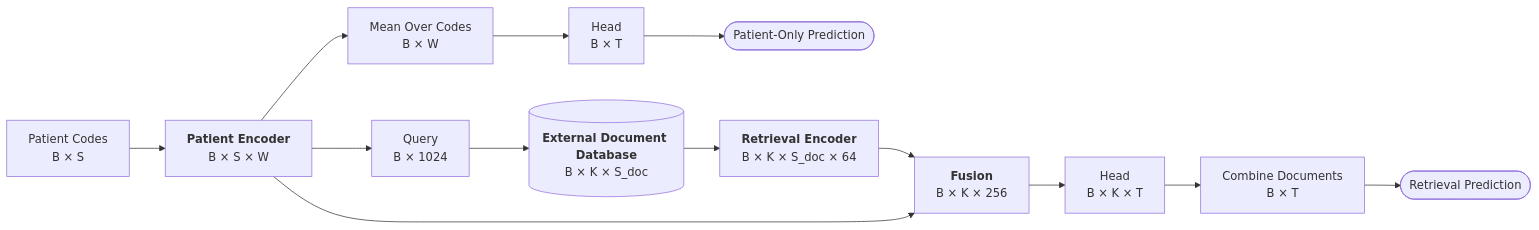
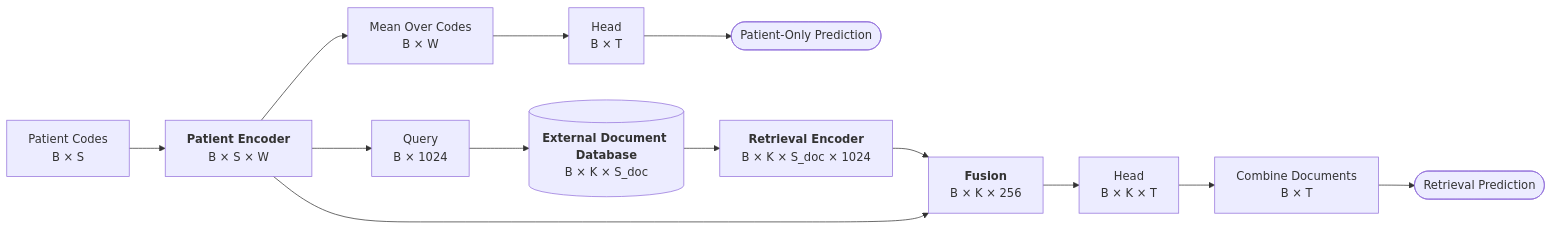
One commit to McDermottHealthAI/medrap-experiments changed the diagram in scaling_laws/architecture.mmd. Above: the diagram before and after it, drawn with Mermaid. The commit also changed 2 other files, not shown here.

Commit message:
docs(scaling_laws): frozen Qwen3 token embeddings as the retrieval encoder
Per review: replace the randomly initialized, trained 151,936 x 64 document
token table with Qwen3's frozen embed_tokens (1024-d) in both retrieval
configurations; contextual Qwen3 hidden states noted as the next step.

```diff
--- a/scaling_laws/architecture.mmd
+++ b/scaling_laws/architecture.mmd
@@ -1,19 +1,19 @@
 flowchart LR
     IN["Patient Codes<br/>B × S"]
     PE["<b>Patient Encoder</b><br/>B × S × W"]
     POOL["Mean Over Codes<br/>B × W"]
     HEAD1["Head<br/>B × T"]
     OUT1(["Patient-Only Prediction"])
 
     Q["Query<br/>B × 1024"]
     DB[("<b>External Document Database</b><br/>B × K × S_doc")]
-    RE["<b>Retrieval Encoder</b><br/>B × K × S_doc × 64"]
+    RE["<b>Retrieval Encoder</b><br/>B × K × S_doc × 1024"]
     FUS["<b>Fusion</b><br/>B × K × 256"]
     HEAD2["Head<br/>B × K × T"]
     COMB["Combine Documents<br/>B × T"]
     OUT2(["Retrieval Prediction"])
 
     IN --> PE
     PE --> POOL --> HEAD1 --> OUT1
     PE --> Q --> DB --> RE --> FUS --> HEAD2 --> COMB --> OUT2
     PE --> FUS
```
